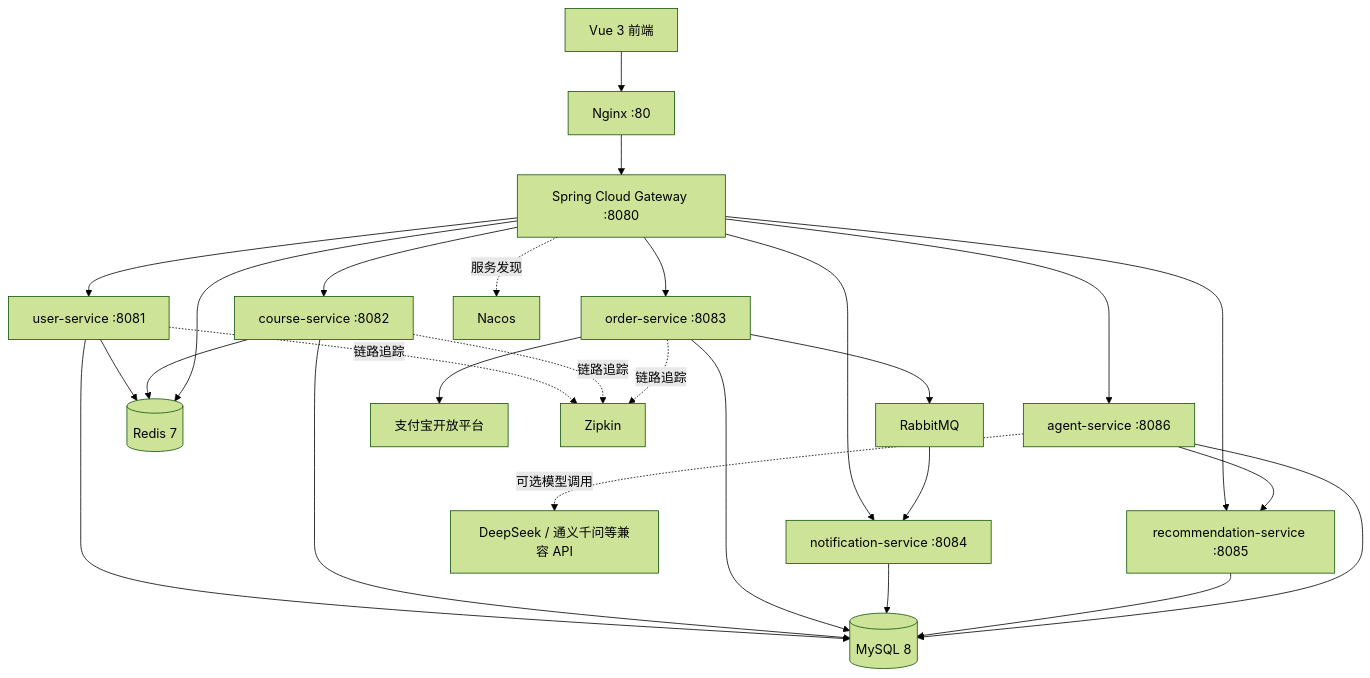
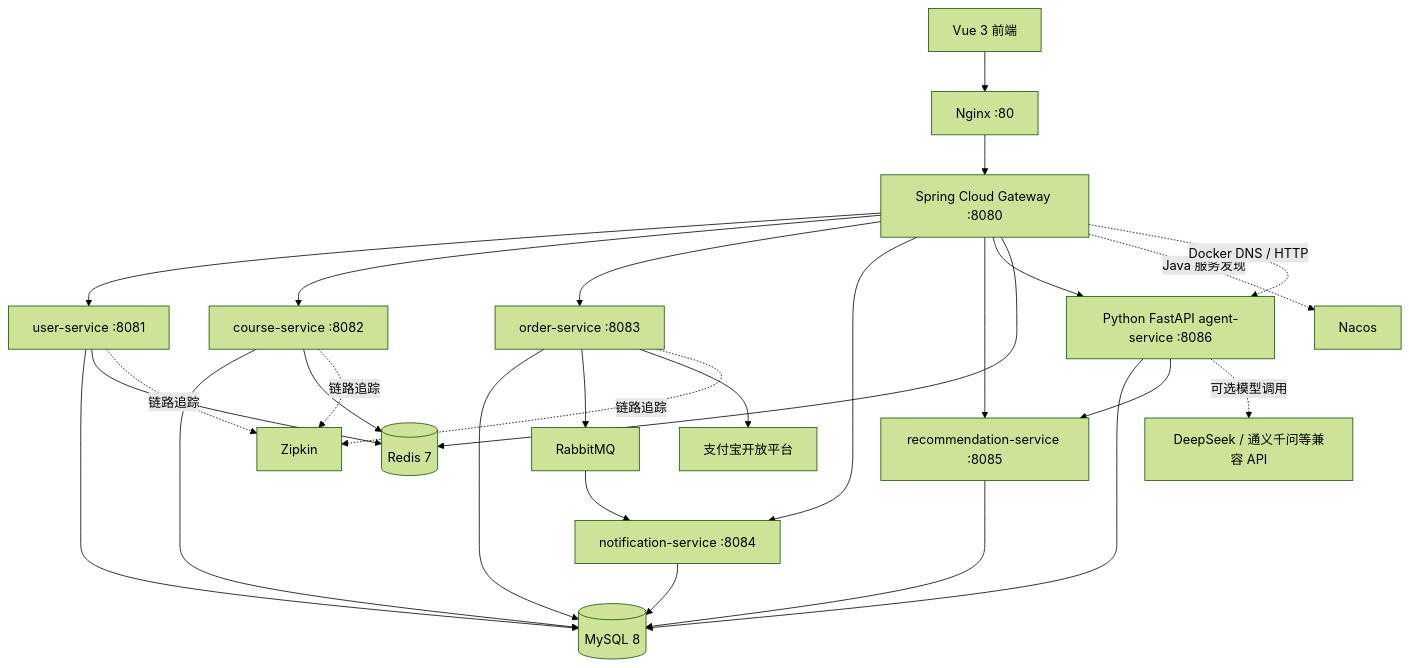
The diagram in edu-platform/README.md (gx-bit/AI-Education-Platform), drawn with Mermaid (forest theme) before and after one commit. The commit also changed other lines of this file and 25 other files, not shown here.

Commit message:
refactor: migrate AI agent service to Python

````diff
--- a/edu-platform/README.md
+++ b/edu-platform/README.md
@@ -133,31 +133,32 @@
 ```mermaid
 flowchart TD
     FE[Vue 3 前端] --> NG[Nginx :80]
     NG --> GW[Spring Cloud Gateway :8080]
     GW --> US[user-service :8081]
     GW --> CS[course-service :8082]
     GW --> OS[order-service :8083]
     GW --> NS[notification-service :8084]
     GW --> RS[recommendation-service :8085]
-    GW --> AS[agent-service :8086]
+    GW --> AS[Python FastAPI agent-service :8086]
 
     US --> MYSQL[(MySQL 8)]
     CS --> MYSQL
     OS --> MYSQL
     NS --> MYSQL
     RS --> MYSQL
     AS --> MYSQL
     AS --> RS
     AS -.可选模型调用.-> LLM[DeepSeek / 通义千问等兼容 API]
     US --> REDIS[(Redis 7)]
     CS --> REDIS
     GW --> REDIS
     OS --> MQ[RabbitMQ]
     MQ --> NS
     OS --> ALIPAY[支付宝开放平台]
 
-    GW -.服务发现.-> NACOS[Nacos]
+    GW -.Java 服务发现.-> NACOS[Nacos]
+    GW -.Docker DNS / HTTP.-> AS
     US -.链路追踪.-> ZIPKIN[Zipkin]
     CS -.链路追踪.-> ZIPKIN
     OS -.链路追踪.-> ZIPKIN
 ```
````
